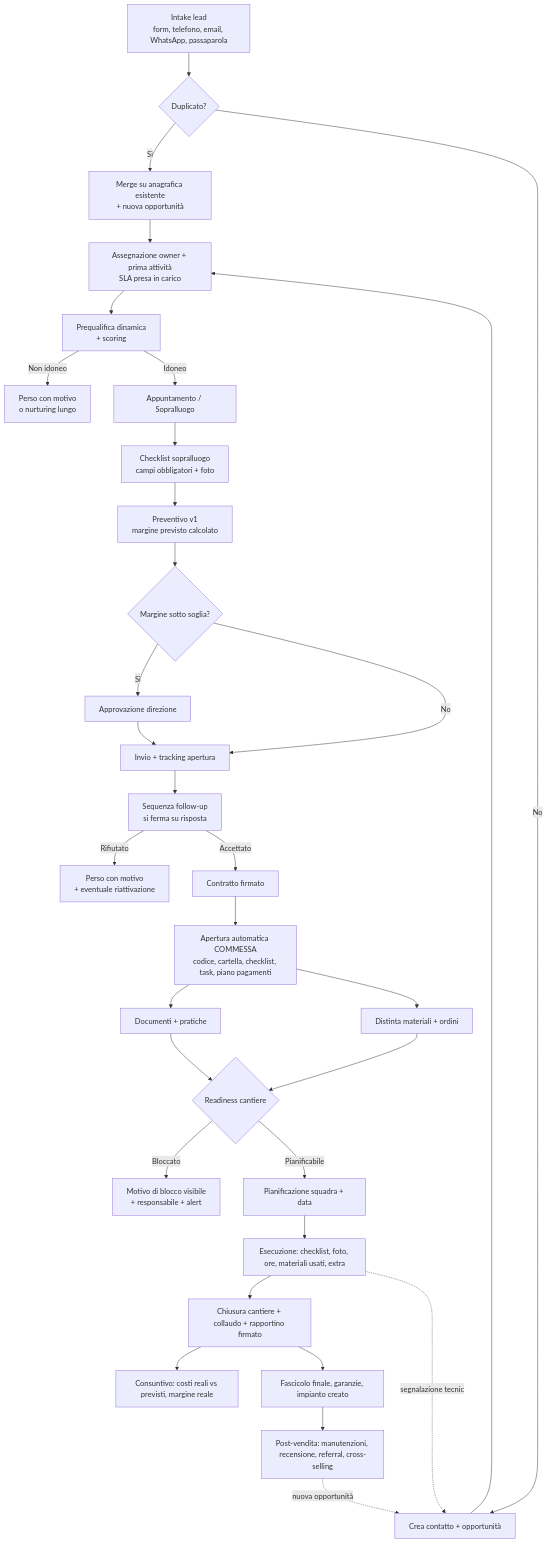
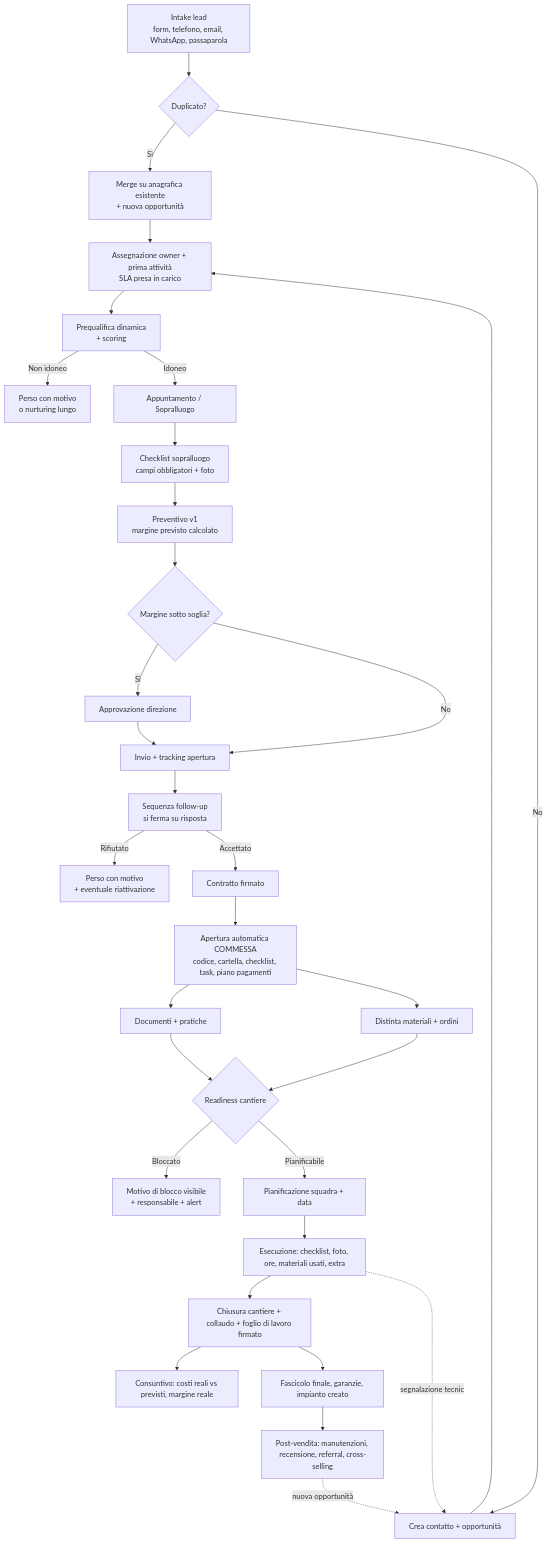
One commit to alebusttcg-code/Ecosolare.OS changed the first of 3 diagrams in docs/00-discovery-blueprint-v1.md. Above: the diagram before and after it, drawn with Mermaid. The commit also changed other lines of this file and 33 other files, not shown here.

````diff
--- a/docs/00-discovery-blueprint-v1.md
+++ b/docs/00-discovery-blueprint-v1.md
@@ -194,34 +194,34 @@
 ```mermaid
 flowchart TD
     A[Intake lead<br/>form, telefono, email, WhatsApp, passaparola] --> B{Duplicato?}
     B -->|Sì| B1[Merge su anagrafica esistente<br/>+ nuova opportunità]
     B -->|No| C[Crea contatto + opportunità]
     B1 --> D[Assegnazione owner + prima attività<br/>SLA presa in carico]
     C --> D
     D --> E[Prequalifica dinamica<br/>+ scoring]
     E -->|Non idoneo| E1[Perso con motivo<br/>o nurturing lungo]
     E -->|Idoneo| F[Appuntamento / Sopralluogo]
     F --> G[Checklist sopralluogo<br/>campi obbligatori + foto]
     G --> H[Preventivo v1<br/>margine previsto calcolato]
     H --> I{Margine sotto soglia?}
     I -->|Sì| I1[Approvazione direzione]
     I -->|No| J[Invio + tracking apertura]
     I1 --> J
     J --> K[Sequenza follow-up<br/>si ferma su risposta]
     K -->|Rifiutato| K1[Perso con motivo<br/>+ eventuale riattivazione]
     K -->|Accettato| L[Contratto firmato]
     L --> M[Apertura automatica COMMESSA<br/>codice, cartella, checklist, task, piano pagamenti]
     M --> N[Documenti + pratiche]
     M --> O[Distinta materiali + ordini]
     N --> P{Readiness cantiere}
     O --> P
     P -->|Bloccato| P1[Motivo di blocco visibile<br/>+ responsabile + alert]
     P -->|Pianificabile| Q[Pianificazione squadra + data]
     Q --> R[Esecuzione: checklist, foto, ore, materiali usati, extra]
-    R --> S[Chiusura cantiere + collaudo + rapportino firmato]
+    R --> S[Chiusura cantiere + collaudo + foglio di lavoro firmato]
     S --> T[Consuntivo: costi reali vs previsti, margine reale]
     S --> U[Fascicolo finale, garanzie, impianto creato]
     U --> V[Post-vendita: manutenzioni, recensione, referral, cross-selling]
     V -.nuova opportunità.-> C
     R -.segnalazione tecnico.-> C
 ```
````
